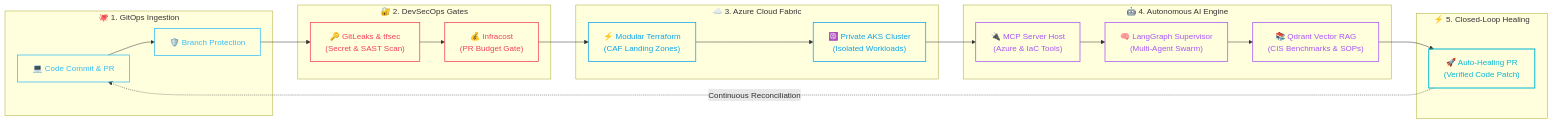
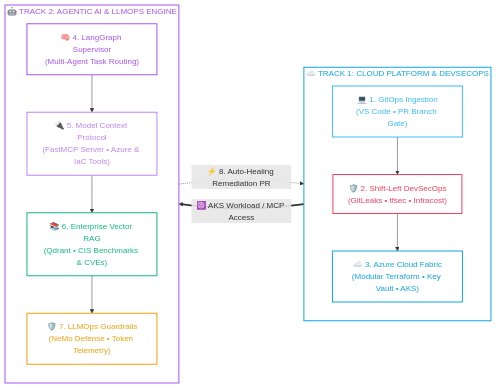
One commit to Narendra232/Narendra232 changed the diagram in README.md. Above: the diagram before and after it, drawn with Mermaid. The commit also changed other lines of this file, not shown here.

Commit message:
feat(architecture): organize into parallel dual-track flow and 2-column matrix using exact color palette

````diff
--- a/README.md
+++ b/README.md
@@ -74,39 +74,56 @@
 ```mermaid
 flowchart LR
-    subgraph GITOPS["🐙 1. GitOps Ingestion"]
-        DEV["💻 Code Commit & PR"] --> GATE["🛡️ Branch Protection"]
+    %% ===================================================
+    %% LEFT TRACK: CLOUD PLATFORM & DEVSECOPS
+    %% ===================================================
+    subgraph TRACK_INFRA["☁️ TRACK 1: CLOUD PLATFORM & DEVSECOPS"]
+        direction TB
+        style TRACK_INFRA fill:none,stroke:#0ea5e9,stroke-width:2px,color:#0ea5e9
+        
+        DEV["💻 1. GitOps Ingestion<br/>(VS Code • PR Branch Gate)"]
+        SEC["🛡️ 2. Shift-Left DevSecOps<br/>(GitLeaks • tfsec • Infracost)"]
+        CLOUD["☁️ 3. Azure Cloud Fabric<br/>(Modular Terraform • Key Vault • AKS)"]
+        
+        DEV --> SEC --> CLOUD
     end
 
-    subgraph SEC["🔐 2. DevSecOps Gates"]
-        GATE --> SCAN["🔑 GitLeaks & tfsec<br/>(Secret & SAST Scan)"]
-        SCAN --> FINOPS["💰 Infracost<br/>(PR Budget Gate)"]
+    %% ===================================================
+    %% RIGHT TRACK: AGENTIC AI & LLMOPS ENGINE
+    %% ===================================================
+    subgraph TRACK_AI["🤖 TRACK 2: AGENTIC AI & LLMOPS ENGINE"]
+        direction TB
+        style TRACK_AI fill:none,stroke:#a855f7,stroke-width:2px,color:#a855f7
+        
+        AGENT["🧠 4. LangGraph Supervisor<br/>(Multi-Agent Task Routing)"]
+        MCP["🔌 5. Model Context Protocol<br/>(FastMCP Server • Azure & IaC Tools)"]
+        RAG["📚 6. Enterprise Vector RAG<br/>(Qdrant • CIS Benchmarks & CVEs)"]
+        GUARD["🛡️ 7. LLMOps Guardrails<br/>(NeMo Defense • Token Telemetry)"]
+        
+        AGENT --> MCP --> RAG --> GUARD
     end
 
-    subgraph CLOUD["☁️ 3. Azure Cloud Fabric"]
-        FINOPS --> TF["⚡ Modular Terraform<br/>(CAF Landing Zones)"]
-        TF --> AKS["☸️ Private AKS Cluster<br/>(Isolated Workloads)"]
-    end
+    %% ===================================================
+    %% PARALLEL INTERCONNECTIONS
+    %% ===================================================
+    CLOUD ==>|☸️ AKS Workload / MCP Access| AGENT
+    GUARD -.->|⚡ 8. Auto-Healing Remediation PR| DEV
 
-    subgraph AI["🤖 4. Autonomous AI Engine"]
-        AKS --> MCP["🔌 MCP Server Host<br/>(Azure & IaC Tools)"]
-        MCP --> AGENT["🧠 LangGraph Supervisor<br/>(Multi-Agent Swarm)"]
-        AGENT --> RAG["📚 Qdrant Vector RAG<br/>(CIS Benchmarks & SOPs)"]
-    end
+    %% ===================================================
+    %% COLORS MATCHING ARCHITECTURE PALETTE
+    %% ===================================================
+    classDef devNode fill:none,stroke:#38bdf8,stroke-width:2px,color:#38bdf8;
+    classDef secNode fill:none,stroke:#f43f5e,stroke-width:2px,color:#f43f5e;
+    classDef cloudNode fill:none,stroke:#0ea5e9,stroke-width:2px,color:#0ea5e9;
+    classDef agentNode fill:none,stroke:#a855f7,stroke-width:2px,color:#a855f7;
+    classDef mcpNode fill:none,stroke:#c084fc,stroke-width:2px,color:#c084fc;
+    classDef ragNode fill:none,stroke:#10b981,stroke-width:2px,color:#10b981;
+    classDef guardNode fill:none,stroke:#f59e0b,stroke-width:2px,color:#f59e0b;
 
-    subgraph HEAL["⚡ 5. Closed-Loop Healing"]
-        RAG --> AUTO_PR["🚀 Auto-Healing PR<br/>(Verified Code Patch)"]
-        AUTO_PR -.->|Continuous Reconciliation| DEV
-    end
-
-    classDef stage fill:none,stroke:#38bdf8,stroke-width:1.5px,color:#38bdf8;
-    classDef sec fill:none,stroke:#f43f5e,stroke-width:1.5px,color:#f43f5e;
-    classDef cld fill:none,stroke:#0ea5e9,stroke-width:1.5px,color:#0ea5e9;
-    classDef ai fill:none,stroke:#a855f7,stroke-width:1.5px,color:#a855f7;
-    classDef loop fill:none,stroke:#06b6d4,stroke-width:2px,color:#06b6d4;
-
-    class DEV,GATE stage;
-    class SCAN,FINOPS sec;
-    class TF,AKS cld;
-    class MCP,AGENT,RAG ai;
-    class AUTO_PR loop;
+    class DEV devNode;
+    class SEC secNode;
+    class CLOUD cloudNode;
+    class AGENT agentNode;
+    class MCP mcpNode;
+    class RAG ragNode;
+    class GUARD guardNode;
 ```
````
